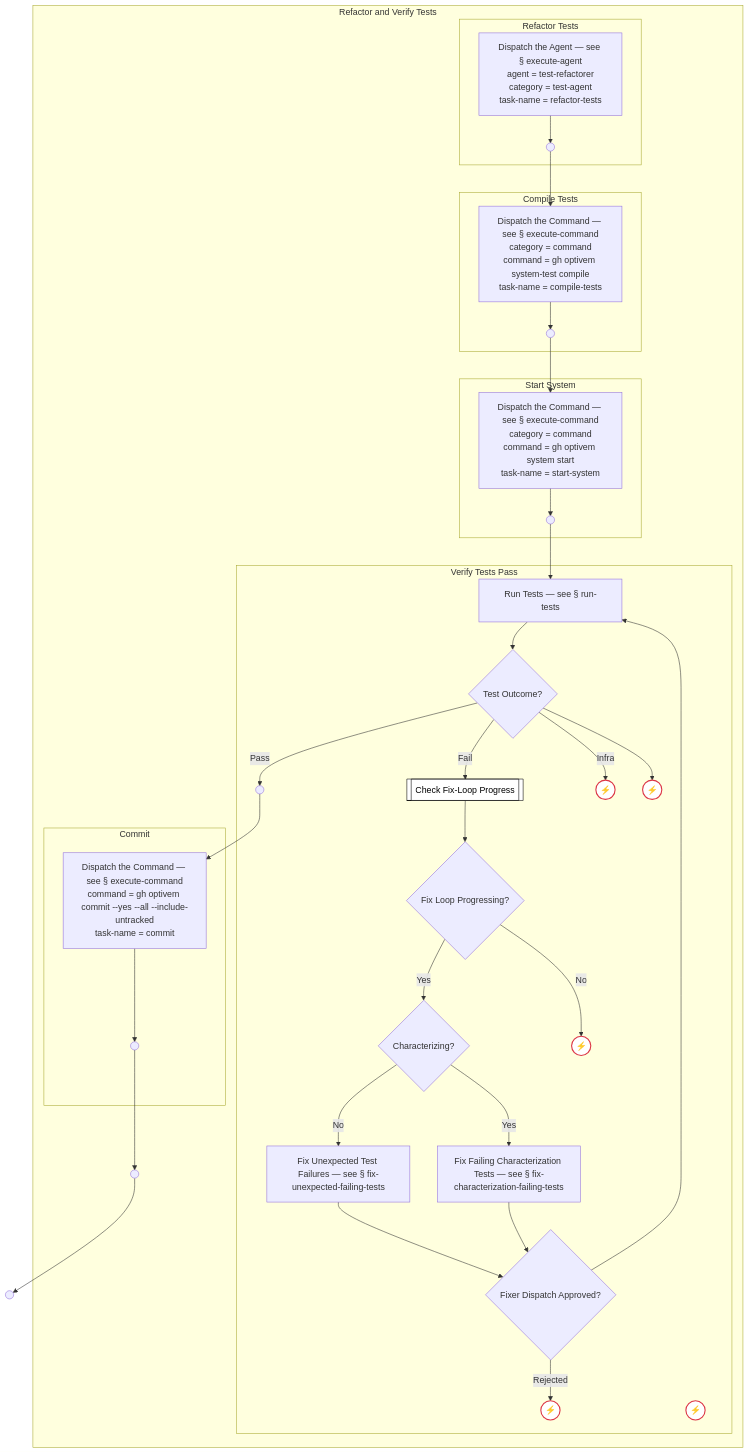
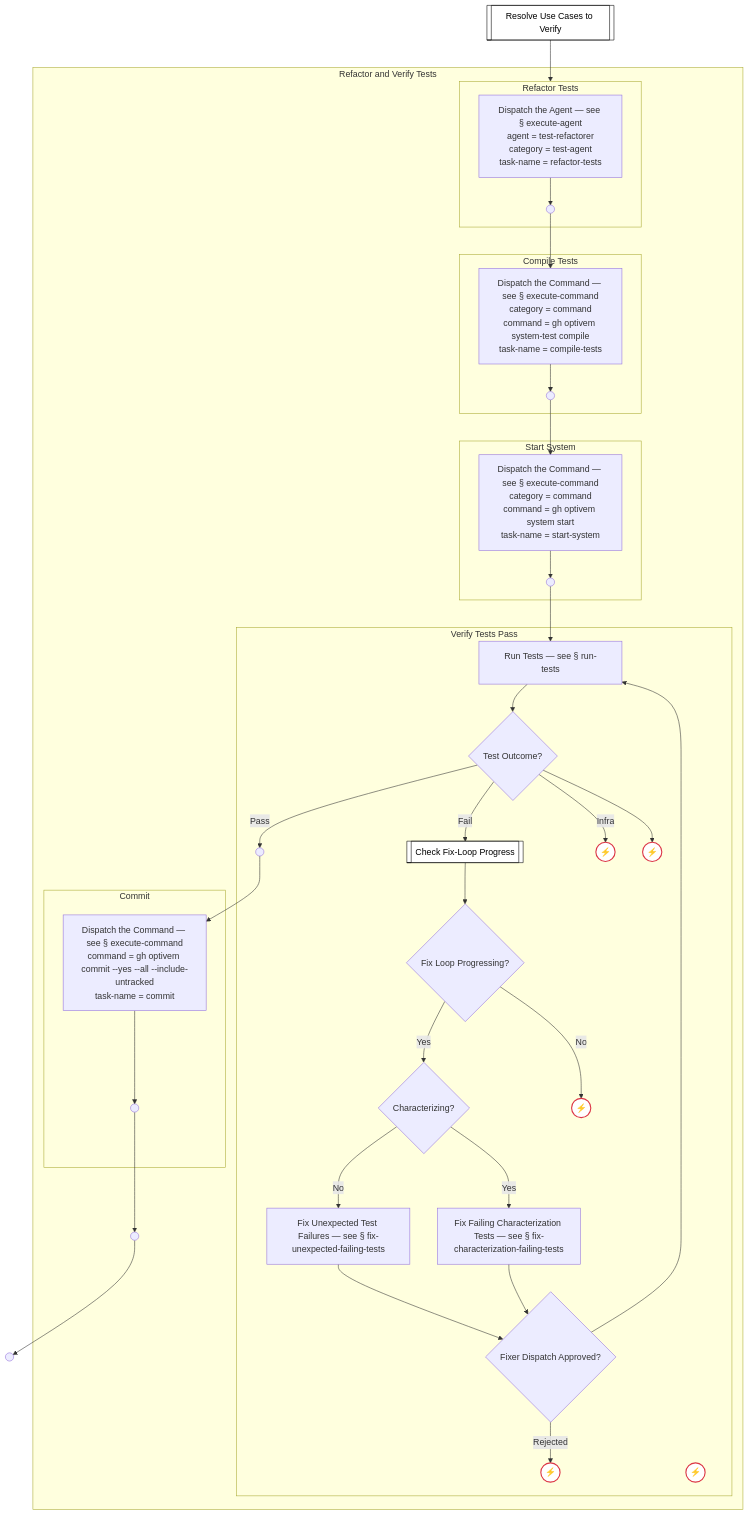
One commit to optivem/gh-optivem changed the tenth of 13 diagrams in docs/process-diagram-expanded.md. Above: the diagram before and after it, drawn with Mermaid. The commit also changed other lines of this file and 5 other files, not shown here.

Commit message:
atdd: regenerate process-flow diagram

````diff
--- a/docs/process-diagram-expanded.md
+++ b/docs/process-diagram-expanded.md
@@ -854,70 +860,72 @@
 ```mermaid
 flowchart TD
+    RESOLVE_TEST_USE_CASES[[Resolve Use Cases to Verify]]
     REFACTOR_TEST_STRUCTURE_END(( ))
     subgraph REFACTOR_AND_VERIFY_TESTS[Refactor and Verify Tests]
     REFACTOR_AND_VERIFY_TESTS__REFACTOR_AND_VERIFY_TESTS_END(( ))
     subgraph REFACTOR_AND_VERIFY_TESTS__REFACTOR_TESTS[Refactor Tests]
     REFACTOR_AND_VERIFY_TESTS__REFACTOR_TESTS__EXECUTE_AGENT["Dispatch the Agent — see § execute-agent<br/>agent = test-refactorer<br/>category = test-agent<br/>task-name = refactor-tests"]
     REFACTOR_AND_VERIFY_TESTS__REFACTOR_TESTS__REFACTOR_TESTS_END(( ))
     end
     subgraph REFACTOR_AND_VERIFY_TESTS__COMPILE_TESTS[Compile Tests]
     REFACTOR_AND_VERIFY_TESTS__COMPILE_TESTS__EXECUTE_COMMAND["Dispatch the Command — see § execute-command<br/>category = command<br/>command = gh optivem system-test compile<br/>task-name = compile-tests"]
     REFACTOR_AND_VERIFY_TESTS__COMPILE_TESTS__COMPILE_TESTS_END(( ))
     end
     subgraph REFACTOR_AND_VERIFY_TESTS__START_SYSTEM[Start System]
     REFACTOR_AND_VERIFY_TESTS__START_SYSTEM__EXECUTE_COMMAND["Dispatch the Command — see § execute-command<br/>category = command<br/>command = gh optivem system start<br/>task-name = start-system"]
     REFACTOR_AND_VERIFY_TESTS__START_SYSTEM__START_SYS_END(( ))
     end
     subgraph REFACTOR_AND_VERIFY_TESTS__VERIFY_TESTS_PASS[Verify Tests Pass]
     REFACTOR_AND_VERIFY_TESTS__VERIFY_TESTS_PASS__RUN_TESTS[Run Tests — see § run-tests]
     REFACTOR_AND_VERIFY_TESTS__VERIFY_TESTS_PASS__GATE_TESTS_OUTCOME{Test Outcome?}
     REFACTOR_AND_VERIFY_TESTS__VERIFY_TESTS_PASS__VERIFY_PASS_END(( ))
     REFACTOR_AND_VERIFY_TESTS__VERIFY_TESTS_PASS__CHECK_FIX_PROGRESS[[Check Fix-Loop Progress]]
     REFACTOR_AND_VERIFY_TESTS__VERIFY_TESTS_PASS__TESTS_INFRA_HALT((⚡))
     REFACTOR_AND_VERIFY_TESTS__VERIFY_TESTS_PASS__UNKNOWN_TESTS_OUTCOME((⚡))
     REFACTOR_AND_VERIFY_TESTS__VERIFY_TESTS_PASS__GATE_FIX_PROGRESSING{Fix Loop Progressing?}
     REFACTOR_AND_VERIFY_TESTS__VERIFY_TESTS_PASS__GATE_CHARACTERIZE{Characterizing?}
     REFACTOR_AND_VERIFY_TESTS__VERIFY_TESTS_PASS__FIX_LOOP_NO_PROGRESS_EXHAUSTED((⚡))
     REFACTOR_AND_VERIFY_TESTS__VERIFY_TESTS_PASS__FIX_UNEXPECTED_FAILING_TESTS[Fix Unexpected Test Failures — see § fix-unexpected-failing-tests]
     REFACTOR_AND_VERIFY_TESTS__VERIFY_TESTS_PASS__FIX_CHARACTERIZATION_FAILING_TESTS[Fix Failing Characterization Tests — see § fix-characterization-failing-tests]
     REFACTOR_AND_VERIFY_TESTS__VERIFY_TESTS_PASS__GATE_FIX_FLOW_APPROVED{Fixer Dispatch Approved?}
     REFACTOR_AND_VERIFY_TESTS__VERIFY_TESTS_PASS__FIX_FLOW_NOT_APPROVED((⚡))
     REFACTOR_AND_VERIFY_TESTS__VERIFY_TESTS_PASS__FIX_LOOP_EXHAUSTED((⚡))
     end
     subgraph REFACTOR_AND_VERIFY_TESTS__COMMIT_TESTS[Commit]
     REFACTOR_AND_VERIFY_TESTS__COMMIT_TESTS__EXECUTE_COMMAND["Dispatch the Command — see § execute-command<br/>command = gh optivem commit --yes --all --include-untracked<br/>task-name = commit"]
     REFACTOR_AND_VERIFY_TESTS__COMMIT_TESTS__COMMIT_MID_END(( ))
     end
     end
 
     REFACTOR_AND_VERIFY_TESTS__REFACTOR_TESTS__EXECUTE_AGENT --> REFACTOR_AND_VERIFY_TESTS__REFACTOR_TESTS__REFACTOR_TESTS_END
     REFACTOR_AND_VERIFY_TESTS__COMPILE_TESTS__EXECUTE_COMMAND --> REFACTOR_AND_VERIFY_TESTS__COMPILE_TESTS__COMPILE_TESTS_END
     REFACTOR_AND_VERIFY_TESTS__START_SYSTEM__EXECUTE_COMMAND --> REFACTOR_AND_VERIFY_TESTS__START_SYSTEM__START_SYS_END
     REFACTOR_AND_VERIFY_TESTS__VERIFY_TESTS_PASS__RUN_TESTS --> REFACTOR_AND_VERIFY_TESTS__VERIFY_TESTS_PASS__GATE_TESTS_OUTCOME
     REFACTOR_AND_VERIFY_TESTS__VERIFY_TESTS_PASS__GATE_TESTS_OUTCOME -- Pass --> REFACTOR_AND_VERIFY_TESTS__VERIFY_TESTS_PASS__VERIFY_PASS_END
     REFACTOR_AND_VERIFY_TESTS__VERIFY_TESTS_PASS__GATE_TESTS_OUTCOME -- Fail --> REFACTOR_AND_VERIFY_TESTS__VERIFY_TESTS_PASS__CHECK_FIX_PROGRESS
     REFACTOR_AND_VERIFY_TESTS__VERIFY_TESTS_PASS__GATE_TESTS_OUTCOME -- Infra --> REFACTOR_AND_VERIFY_TESTS__VERIFY_TESTS_PASS__TESTS_INFRA_HALT
     REFACTOR_AND_VERIFY_TESTS__VERIFY_TESTS_PASS__GATE_TESTS_OUTCOME --> REFACTOR_AND_VERIFY_TESTS__VERIFY_TESTS_PASS__UNKNOWN_TESTS_OUTCOME
     REFACTOR_AND_VERIFY_TESTS__VERIFY_TESTS_PASS__CHECK_FIX_PROGRESS --> REFACTOR_AND_VERIFY_TESTS__VERIFY_TESTS_PASS__GATE_FIX_PROGRESSING
     REFACTOR_AND_VERIFY_TESTS__VERIFY_TESTS_PASS__GATE_FIX_PROGRESSING -- Yes --> REFACTOR_AND_VERIFY_TESTS__VERIFY_TESTS_PASS__GATE_CHARACTERIZE
     REFACTOR_AND_VERIFY_TESTS__VERIFY_TESTS_PASS__GATE_FIX_PROGRESSING -- No --> REFACTOR_AND_VERIFY_TESTS__VERIFY_TESTS_PASS__FIX_LOOP_NO_PROGRESS_EXHAUSTED
     REFACTOR_AND_VERIFY_TESTS__VERIFY_TESTS_PASS__GATE_CHARACTERIZE -- No --> REFACTOR_AND_VERIFY_TESTS__VERIFY_TESTS_PASS__FIX_UNEXPECTED_FAILING_TESTS
     REFACTOR_AND_VERIFY_TESTS__VERIFY_TESTS_PASS__GATE_CHARACTERIZE -- Yes --> REFACTOR_AND_VERIFY_TESTS__VERIFY_TESTS_PASS__FIX_CHARACTERIZATION_FAILING_TESTS
     REFACTOR_AND_VERIFY_TESTS__VERIFY_TESTS_PASS__FIX_UNEXPECTED_FAILING_TESTS --> REFACTOR_AND_VERIFY_TESTS__VERIFY_TESTS_PASS__GATE_FIX_FLOW_APPROVED
     REFACTOR_AND_VERIFY_TESTS__VERIFY_TESTS_PASS__FIX_CHARACTERIZATION_FAILING_TESTS --> REFACTOR_AND_VERIFY_TESTS__VERIFY_TESTS_PASS__GATE_FIX_FLOW_APPROVED
     REFACTOR_AND_VERIFY_TESTS__VERIFY_TESTS_PASS__GATE_FIX_FLOW_APPROVED -- Rejected --> REFACTOR_AND_VERIFY_TESTS__VERIFY_TESTS_PASS__FIX_FLOW_NOT_APPROVED
     REFACTOR_AND_VERIFY_TESTS__VERIFY_TESTS_PASS__GATE_FIX_FLOW_APPROVED --> REFACTOR_AND_VERIFY_TESTS__VERIFY_TESTS_PASS__RUN_TESTS
     REFACTOR_AND_VERIFY_TESTS__COMMIT_TESTS__EXECUTE_COMMAND --> REFACTOR_AND_VERIFY_TESTS__COMMIT_TESTS__COMMIT_MID_END
     REFACTOR_AND_VERIFY_TESTS__REFACTOR_TESTS__REFACTOR_TESTS_END --> REFACTOR_AND_VERIFY_TESTS__COMPILE_TESTS__EXECUTE_COMMAND
     REFACTOR_AND_VERIFY_TESTS__COMPILE_TESTS__COMPILE_TESTS_END --> REFACTOR_AND_VERIFY_TESTS__START_SYSTEM__EXECUTE_COMMAND
     REFACTOR_AND_VERIFY_TESTS__START_SYSTEM__START_SYS_END --> REFACTOR_AND_VERIFY_TESTS__VERIFY_TESTS_PASS__RUN_TESTS
     REFACTOR_AND_VERIFY_TESTS__VERIFY_TESTS_PASS__VERIFY_PASS_END --> REFACTOR_AND_VERIFY_TESTS__COMMIT_TESTS__EXECUTE_COMMAND
     REFACTOR_AND_VERIFY_TESTS__COMMIT_TESTS__COMMIT_MID_END --> REFACTOR_AND_VERIFY_TESTS__REFACTOR_AND_VERIFY_TESTS_END
+    RESOLVE_TEST_USE_CASES --> REFACTOR_AND_VERIFY_TESTS__REFACTOR_TESTS
     REFACTOR_AND_VERIFY_TESTS__REFACTOR_AND_VERIFY_TESTS_END --> REFACTOR_TEST_STRUCTURE_END
 
     classDef serviceNode fill:#ffffff,stroke:#000000,stroke-width:1px,color:#000000
-    class REFACTOR_AND_VERIFY_TESTS__VERIFY_TESTS_PASS__CHECK_FIX_PROGRESS serviceNode
+    class RESOLVE_TEST_USE_CASES,REFACTOR_AND_VERIFY_TESTS__VERIFY_TESTS_PASS__CHECK_FIX_PROGRESS serviceNode
 
     classDef errorEndNode fill:#ffffff,stroke:#dc3545,stroke-width:2px,color:#000000
     class REFACTOR_AND_VERIFY_TESTS__VERIFY_TESTS_PASS__TESTS_INFRA_HALT,REFACTOR_AND_VERIFY_TESTS__VERIFY_TESTS_PASS__UNKNOWN_TESTS_OUTCOME,REFACTOR_AND_VERIFY_TESTS__VERIFY_TESTS_PASS__FIX_LOOP_NO_PROGRESS_EXHAUSTED,REFACTOR_AND_VERIFY_TESTS__VERIFY_TESTS_PASS__FIX_FLOW_NOT_APPROVED,REFACTOR_AND_VERIFY_TESTS__VERIFY_TESTS_PASS__FIX_LOOP_EXHAUSTED errorEndNode
 ```
````
